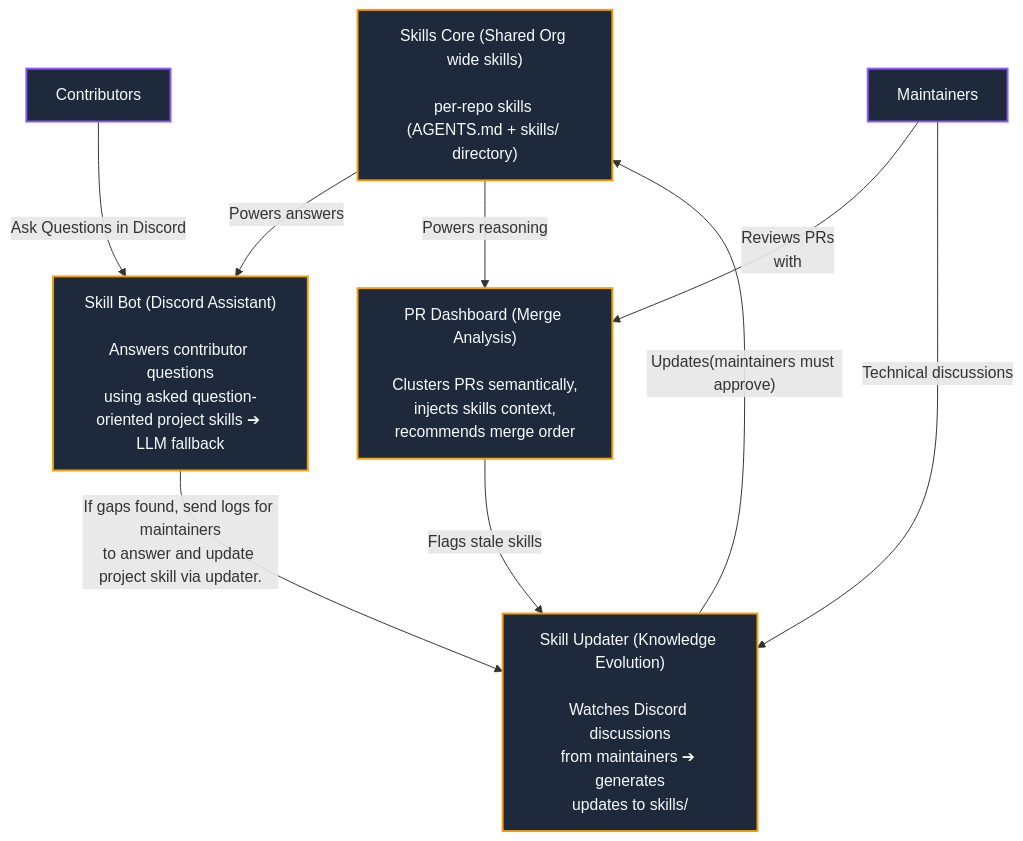
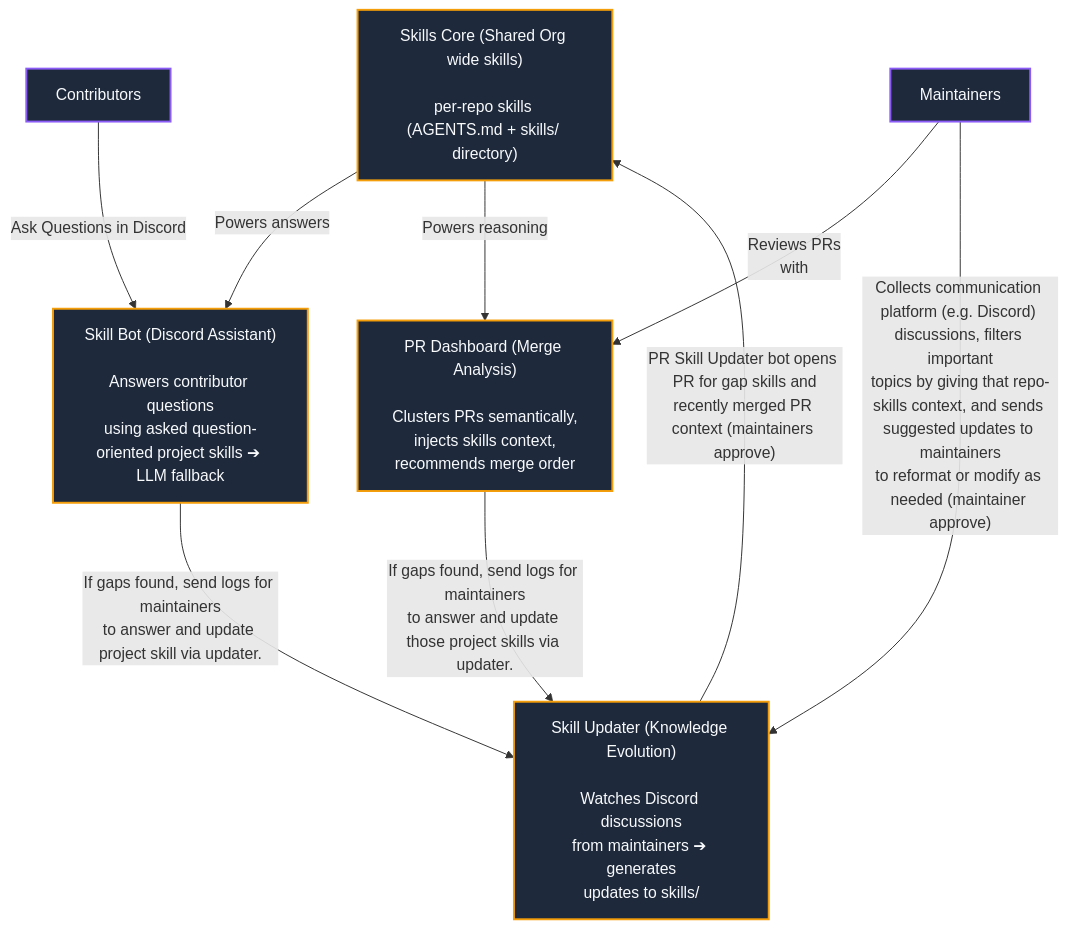
One commit to kpj2006/Skills changed the first of 2 diagrams in README.md. Above: the diagram before and after it, drawn with Mermaid.

Commit message:
updated the architecture diagram

````diff
--- a/README.md
+++ b/README.md
@@ -95,33 +95,33 @@
 ```mermaid
 flowchart TD
     %% Nodes
     SC["Skills Core (Shared Org wide skills)<br><br>per-repo skills (AGENTS.md + skills/ directory)<br>"]
     Contributors["Contributors"]
     Maintainers["Maintainers"]
     
     SB["Skill Bot (Discord Assistant)<br><br>Answers contributor questions<br>using asked question-oriented project skills ➔ LLM fallback"]
     PD["PR Dashboard (Merge Analysis)<br><br>Clusters PRs semantically,<br>injects skills context,<br>recommends merge order"]
     SU["Skill Updater (Knowledge Evolution)<br><br>Watches Discord discussions<br>from maintainers ➔ generates<br>updates to skills/"]
 
     %% Edges
     %% Contributor Flow
     Contributors -- "Ask Questions in Discord" --> SB
     SC -- "Powers answers" --> SB
     SB -- "If gaps found, send logs for maintainers<br>to answer and update project skill via updater." --> SU
 
     %% Maintainer Flow
     Maintainers -- "Reviews PRs<br>with" --> PD
     SC -- "Powers reasoning" --> PD
-    PD -- "Flags stale skills" --> SU
+    PD -- "If gaps found, send logs for maintainers<br>to answer and update those project skills via updater." --> SU
 
     %% Feedback Loop & Sync
-    Maintainers -- "Technical discussions" --> SU
-    SU -- "Updates(maintainers must approve)" --> SC
+    Maintainers -- "Collects communication platform (e.g. Discord) discussions, filters important<br>topics by giving that repo-skills context, and sends suggested updates to maintainers<br>to reformat or modify as needed (maintainer approve)" --> SU
+    SU -- "PR Skill Updater bot opens PR for gap skills and<br>recently merged PR context (maintainers approve)" --> SC
 
     %% Style Classes
     classDef yellowBox fill:#1E293B,stroke:#F59E0B,stroke-width:2px,color:#F8FAFC;
     classDef purpleBox fill:#1E293B,stroke:#8B5CF6,stroke-width:2px,color:#F8FAFC;
     
     class SC,SB,PD,SU yellowBox;
     class Contributors,Maintainers purpleBox;
 ```
````
